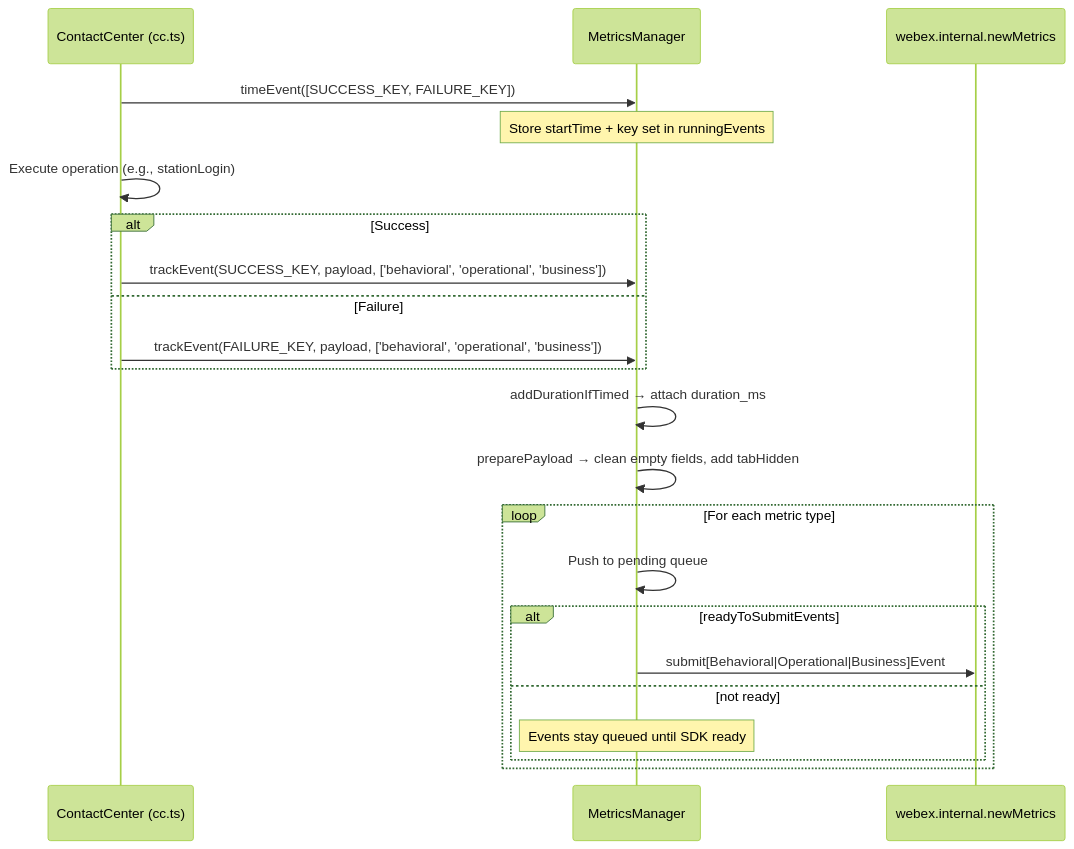
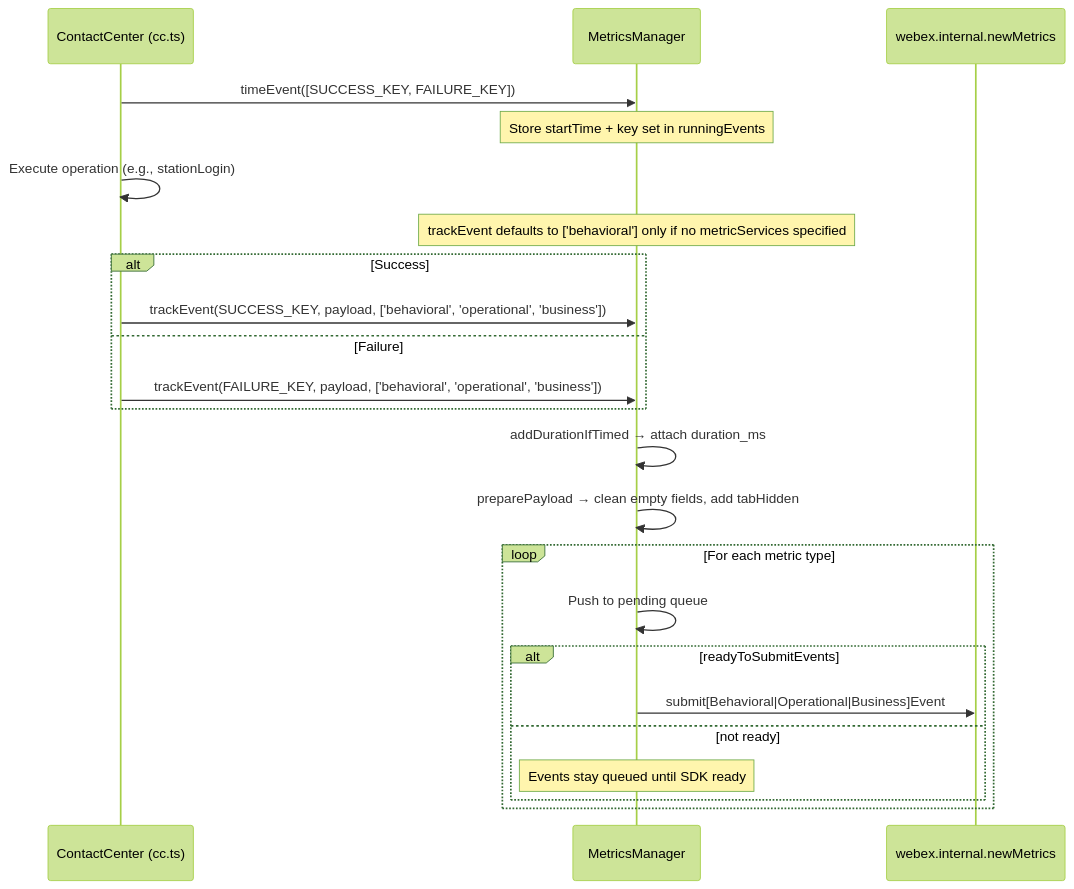
The second of 4 diagrams in packages/@webex/contact-center/src/metrics/ai-docs/ARCHITECTURE.md (webex/webex-js-sdk), drawn with Mermaid (forest theme) before and after one commit. The commit also changed other lines of this file, not shown here.

Commit message:
docs(metrics): fix ARCHITECTURE.md per review comments

````diff
--- a/packages/@webex/contact-center/src/metrics/ai-docs/ARCHITECTURE.md
+++ b/packages/@webex/contact-center/src/metrics/ai-docs/ARCHITECTURE.md
@@ -89,25 +94,26 @@
 ```mermaid
 sequenceDiagram
     participant CC as ContactCenter (cc.ts)
     participant MM as MetricsManager
     participant NM as webex.internal.newMetrics
 
     CC->>MM: timeEvent([SUCCESS_KEY, FAILURE_KEY])
     Note over MM: Store startTime + key set in runningEvents
     CC->>CC: Execute operation (e.g., stationLogin)
+    Note over MM: trackEvent defaults to ['behavioral'] only if no metricServices specified
     alt Success
         CC->>MM: trackEvent(SUCCESS_KEY, payload, ['behavioral', 'operational', 'business'])
     else Failure
         CC->>MM: trackEvent(FAILURE_KEY, payload, ['behavioral', 'operational', 'business'])
     end
     MM->>MM: addDurationIfTimed → attach duration_ms
     MM->>MM: preparePayload → clean empty fields, add tabHidden
     loop For each metric type
         MM->>MM: Push to pending queue
         alt readyToSubmitEvents
             MM->>NM: submit[Behavioral|Operational|Business]Event
         else not ready
             Note over MM: Events stay queued until SDK ready
         end
     end
 ```
````
